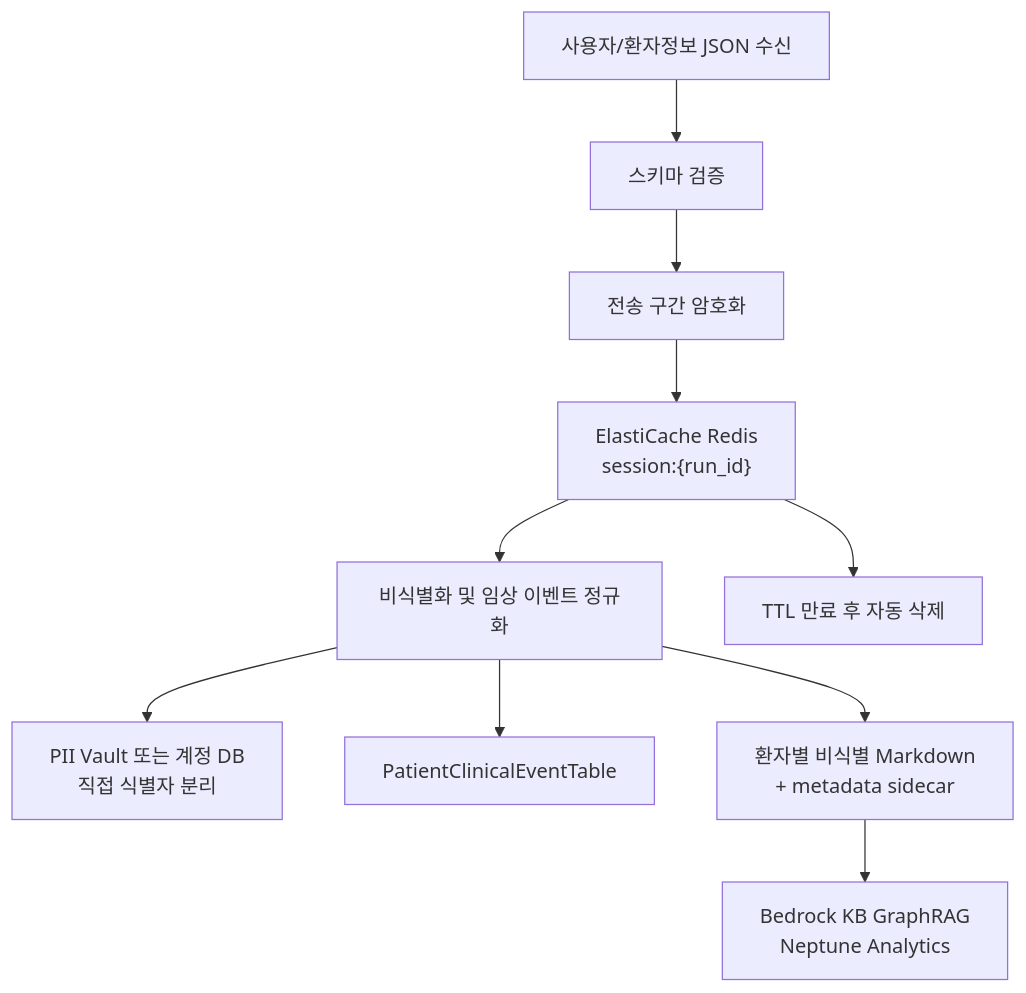
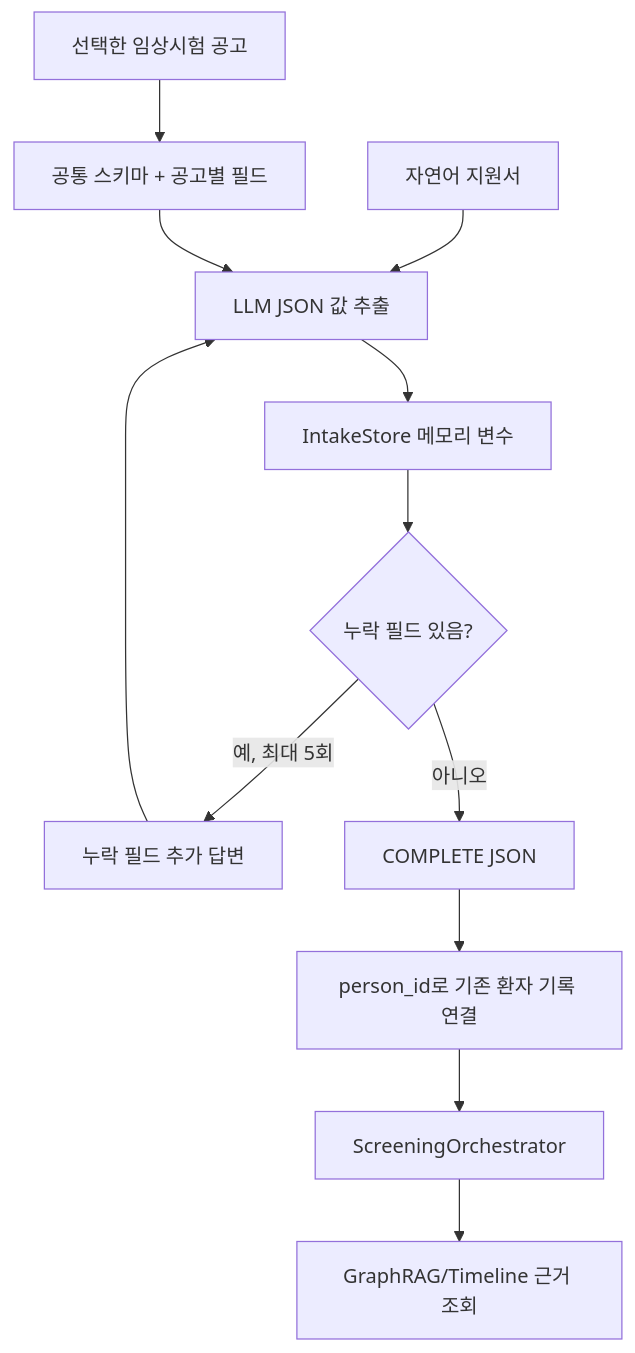
The fifth of 7 diagrams in doc/MATCHING_MODEL_V2.md (1jaekim/AWS_Healthcare), drawn with Mermaid before and after one commit. The commit also changed other lines of this file, not shown here.

Commit message:
docs: align matching pipeline with application intake

````diff
--- a/doc/MATCHING_MODEL_V2.md
+++ b/doc/MATCHING_MODEL_V2.md
@@ -294,12 +296,14 @@
 ```mermaid
 flowchart TD
-    IN["사용자/환자정보 JSON 수신"] --> VALID["스키마 검증"]
-    VALID --> ENC["전송 구간 암호화"]
-    ENC --> REDIS["ElastiCache Redis<br/>session:{run_id}"]
-    REDIS --> NORM["비식별화 및 임상 이벤트 정규화"]
-    NORM --> PII["PII Vault 또는 계정 DB<br/>직접 식별자 분리"]
-    NORM --> CLIN["PatientClinicalEventTable"]
-    NORM --> RAG["환자별 비식별 Markdown<br/>+ metadata sidecar"]
-    RAG --> GRAPH["Bedrock KB GraphRAG<br/>Neptune Analytics"]
-    REDIS --> TTL["TTL 만료 후 자동 삭제"]
+    NOTICE["선택한 임상시험 공고"] --> SCHEMA["공통 스키마 + 공고별 필드"]
+    INPUT["자연어 지원서"] --> EXTRACT["LLM JSON 값 추출"]
+    SCHEMA --> EXTRACT
+    EXTRACT --> MEMORY["IntakeStore 메모리 변수"]
+    MEMORY --> MISSING{"누락 필드 있음?"}
+    MISSING -->|예, 최대 5회| ANSWER["누락 필드 추가 답변"]
+    ANSWER --> EXTRACT
+    MISSING -->|아니오| COMPLETE["COMPLETE JSON"]
+    COMPLETE --> LINK["person_id로 기존 환자 기록 연결"]
+    LINK --> ORCH["ScreeningOrchestrator"]
+    ORCH --> RAG["GraphRAG/Timeline 근거 조회"]
 ```
````
